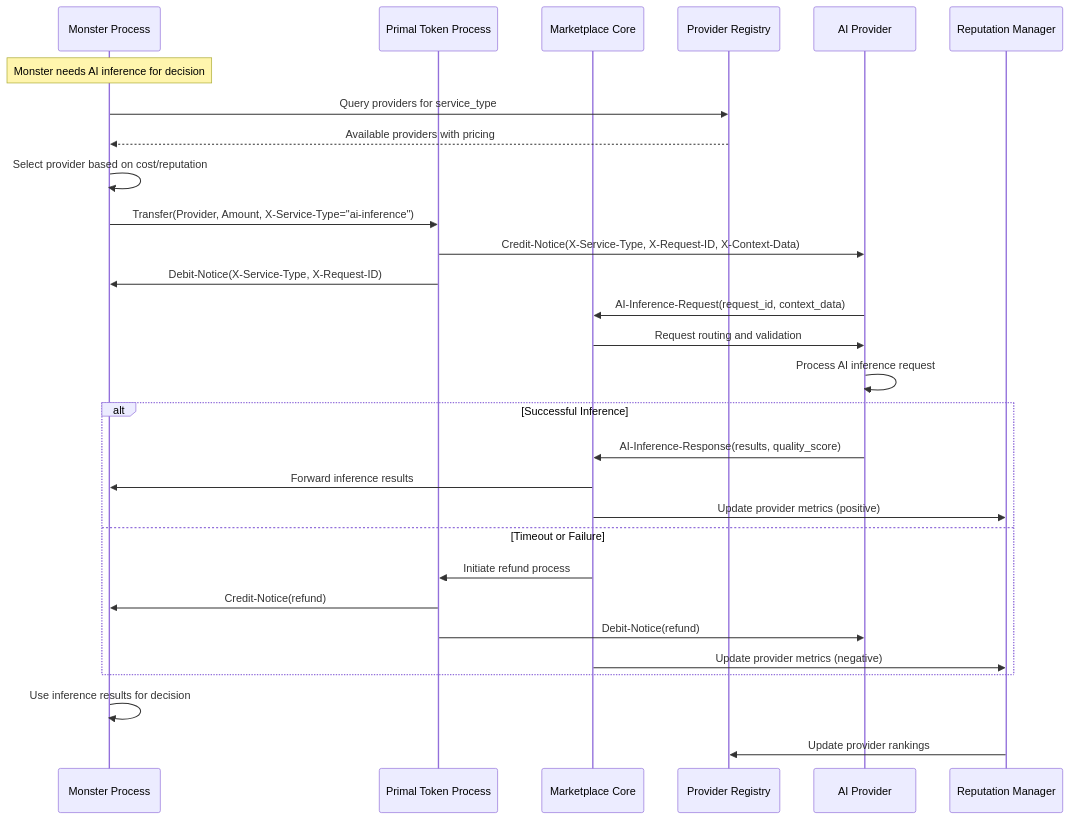
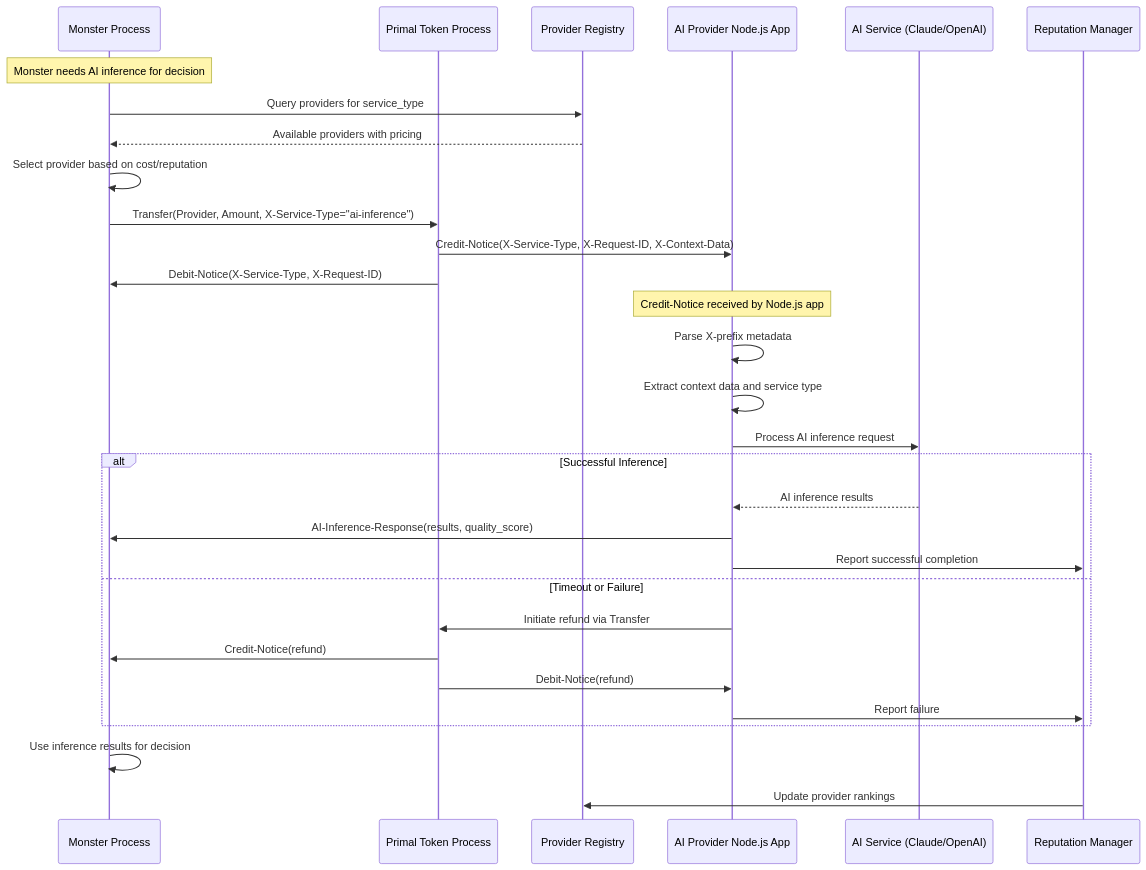
The third of 3 diagrams in Docs/architecture/core-workflows.md (ALLiDoizCode/PrimalCode), drawn with Mermaid before and after one commit. The commit also changed 9 other files, not shown here.

````diff
--- a/Docs/architecture/core-workflows.md
+++ b/Docs/architecture/core-workflows.md
@@ -71,36 +71,37 @@
 ```mermaid
 sequenceDiagram
     participant MONSTER as Monster Process
     participant TOKEN as Primal Token Process
-    participant MARKETPLACE as Marketplace Core
     participant REGISTRY as Provider Registry
-    participant PROVIDER as AI Provider
+    participant PROVIDER as AI Provider Node.js App
+    participant AI_SERVICE as AI Service (Claude/OpenAI)
     participant REPUTATION as Reputation Manager
     
     Note over MONSTER: Monster needs AI inference for decision
     MONSTER->>REGISTRY: Query providers for service_type
     REGISTRY-->>MONSTER: Available providers with pricing
     MONSTER->>MONSTER: Select provider based on cost/reputation
     
     MONSTER->>TOKEN: Transfer(Provider, Amount, X-Service-Type="ai-inference")
     TOKEN->>PROVIDER: Credit-Notice(X-Service-Type, X-Request-ID, X-Context-Data)
     TOKEN->>MONSTER: Debit-Notice(X-Service-Type, X-Request-ID)
     
-    PROVIDER->>MARKETPLACE: AI-Inference-Request(request_id, context_data)
-    MARKETPLACE->>PROVIDER: Request routing and validation
-    PROVIDER->>PROVIDER: Process AI inference request
+    Note over PROVIDER: Credit-Notice received by Node.js app
+    PROVIDER->>PROVIDER: Parse X-prefix metadata
+    PROVIDER->>PROVIDER: Extract context data and service type
+    PROVIDER->>AI_SERVICE: Process AI inference request
     
     alt Successful Inference
-        PROVIDER->>MARKETPLACE: AI-Inference-Response(results, quality_score)
-        MARKETPLACE->>MONSTER: Forward inference results
-        MARKETPLACE->>REPUTATION: Update provider metrics (positive)
+        AI_SERVICE-->>PROVIDER: AI inference results
+        PROVIDER->>MONSTER: AI-Inference-Response(results, quality_score)
+        PROVIDER->>REPUTATION: Report successful completion
     else Timeout or Failure
-        MARKETPLACE->>TOKEN: Initiate refund process
+        PROVIDER->>TOKEN: Initiate refund via Transfer
         TOKEN->>MONSTER: Credit-Notice(refund)
         TOKEN->>PROVIDER: Debit-Notice(refund)
-        MARKETPLACE->>REPUTATION: Update provider metrics (negative)
+        PROVIDER->>REPUTATION: Report failure
     end
     
     MONSTER->>MONSTER: Use inference results for decision
     REPUTATION->>REGISTRY: Update provider rankings
 ```
````
